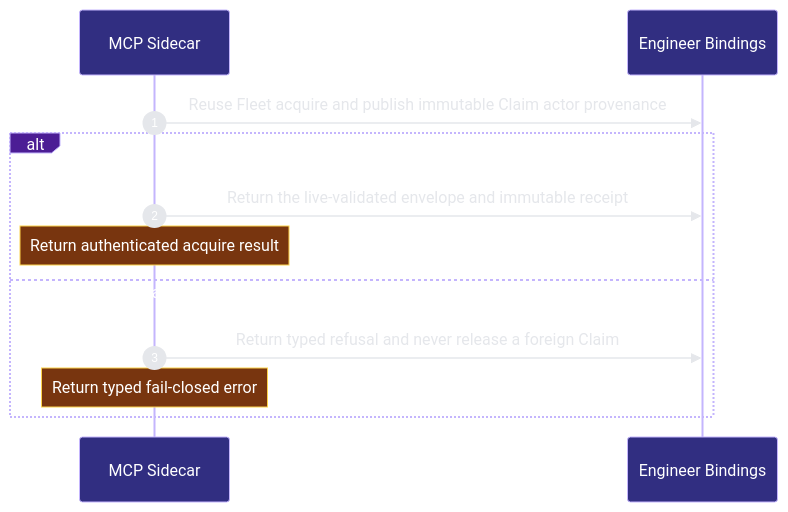
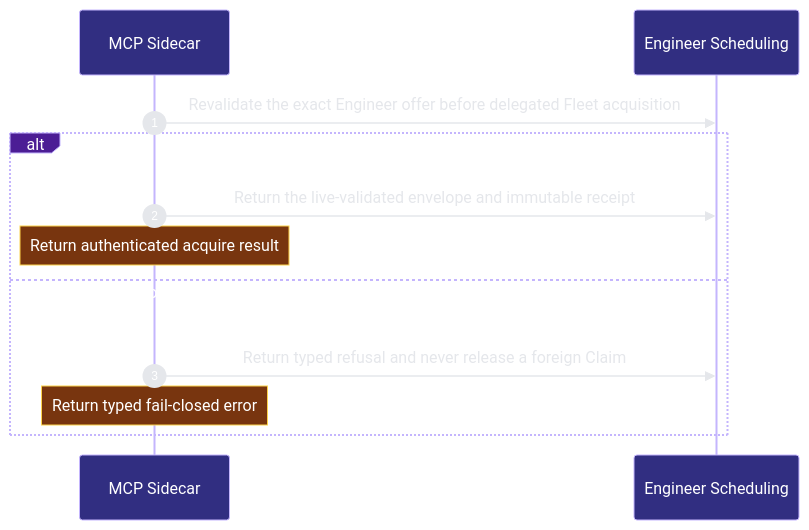
Before and after one commit to Ancienttwo/repo-harness: the second of 3 diagrams in docs/architecture/modules/runtime-harness/mcp-sidecar.md, drawn with Mermaid. The commit also changed other lines of this file and 41 other files, not shown here.

First line of the commit message:
Merge ME-1A engineer scheduling schema

````diff
--- a/docs/architecture/modules/runtime-harness/mcp-sidecar.md
+++ b/docs/architecture/modules/runtime-harness/mcp-sidecar.md
@@ -60,15 +61,15 @@
 ```mermaid
 %%{init: {"theme":"base","themeVariables":{"background":"#0d1117","actorBkg":"#312e81","actorBorder":"#c4b5fd","actorTextColor":"#ffffff","signalColor":"#e5e7eb","signalTextColor":"#e5e7eb","labelBoxBkgColor":"#4c1d95","labelBoxBorderColor":"#c4b5fd","labelTextColor":"#ffffff","noteBkgColor":"#78350f","noteBorderColor":"#fcd34d","noteTextColor":"#ffffff","sequenceNumberColor":"#ffffff"}}}%%
 sequenceDiagram
   autonumber
   participant p2_engineer_mcp_97bc42c0 as MCP Sidecar
-  participant p2_engineer_authority_fd9ce331 as Engineer Bindings
-  p2_engineer_mcp_97bc42c0->>p2_engineer_authority_fd9ce331: Reuse Fleet acquire and publish immutable Claim actor provenance
+  participant p2_scheduling_authority_0fce7315 as Engineer Scheduling
+  p2_engineer_mcp_97bc42c0->>p2_scheduling_authority_0fce7315: Revalidate the exact Engineer offer before delegated Fleet acquisition
   alt Exact WorkEnvelope and ClaimActorReceipt are returned
-  p2_engineer_mcp_97bc42c0->>p2_engineer_authority_fd9ce331: Return the live-validated envelope and immutable receipt
+  p2_engineer_mcp_97bc42c0->>p2_scheduling_authority_0fce7315: Return the live-validated envelope and immutable receipt
     Note over p2_engineer_mcp_97bc42c0: Return authenticated acquire result
-  else Authorization， Binding， offer， receipt， or compensation validation fails
-  p2_engineer_mcp_97bc42c0->>p2_engineer_authority_fd9ce331: Return typed refusal and never release a foreign Claim
+  else Authorization， graph， dependency， concurrency， Binding， offer， receipt， or compensation validation fails
+  p2_engineer_mcp_97bc42c0->>p2_scheduling_authority_0fce7315: Return typed refusal and never release a foreign Claim
     Note over p2_engineer_mcp_97bc42c0: Return typed fail-closed error
   end
 ```
````
